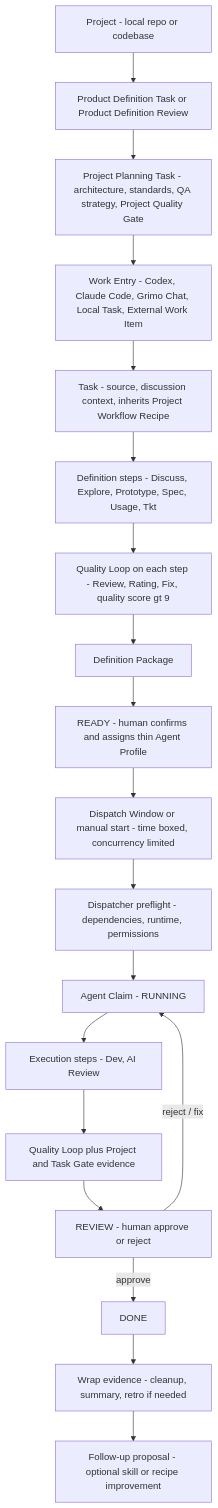
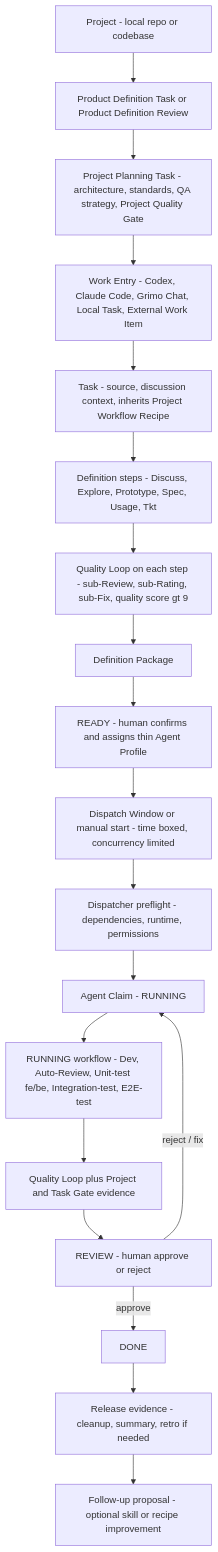
One commit to samzhu/grimoAPP changed the seventh of 14 diagrams in docs/grimo/PRD.md. Above: the diagram before and after it, drawn with Mermaid. The commit also changed other lines of this file and 26 other files, not shown here.

````diff
--- a/docs/grimo/PRD.md
+++ b/docs/grimo/PRD.md
@@ -227,21 +256,21 @@
 ```mermaid
 graph TD
   Project["Project - local repo or codebase"] --> Direction["Product Definition Task or Product Definition Review"]
   Direction --> Planning["Project Planning Task - architecture, standards, QA strategy, Project Quality Gate"]
   Planning --> Entry["Work Entry - Codex, Claude Code, Grimo Chat, Local Task, External Work Item"]
   Entry --> Task["Task - source, discussion context, inherits Project Workflow Recipe"]
   Task --> Definition["Definition steps - Discuss, Explore, Prototype, Spec, Usage, Tkt"]
-  Definition --> DefQL["Quality Loop on each step - Review, Rating, Fix, quality score gt 9"]
+  Definition --> DefQL["Quality Loop on each step - sub-Review, sub-Rating, sub-Fix, quality score gt 9"]
   DefQL --> Package["Definition Package"]
   Package --> Ready["READY - human confirms and assigns thin Agent Profile"]
   Ready --> Dispatch["Dispatch Window or manual start - time boxed, concurrency limited"]
   Dispatch --> Claim["Dispatcher preflight - dependencies, runtime, permissions"]
   Claim --> Running["Agent Claim - RUNNING"]
-  Running --> Execution["Execution steps - Dev, AI Review"]
+  Running --> Execution["RUNNING workflow - Dev, Auto-Review, Unit-test fe/be, Integration-test, E2E-test"]
   Execution --> ExecQL["Quality Loop plus Project and Task Gate evidence"]
   ExecQL --> HumanReview["REVIEW - human approve or reject"]
   HumanReview -- "approve" --> Done["DONE"]
   HumanReview -- "reject / fix" --> Running
-  Done --> WrapEvidence["Wrap evidence - cleanup, summary, retro if needed"]
-  WrapEvidence --> Learning["Follow-up proposal - optional skill or recipe improvement"]
+  Done --> ReleaseEvidence["Release evidence - cleanup, summary, retro if needed"]
+  ReleaseEvidence --> Learning["Follow-up proposal - optional skill or recipe improvement"]
 ```
````
